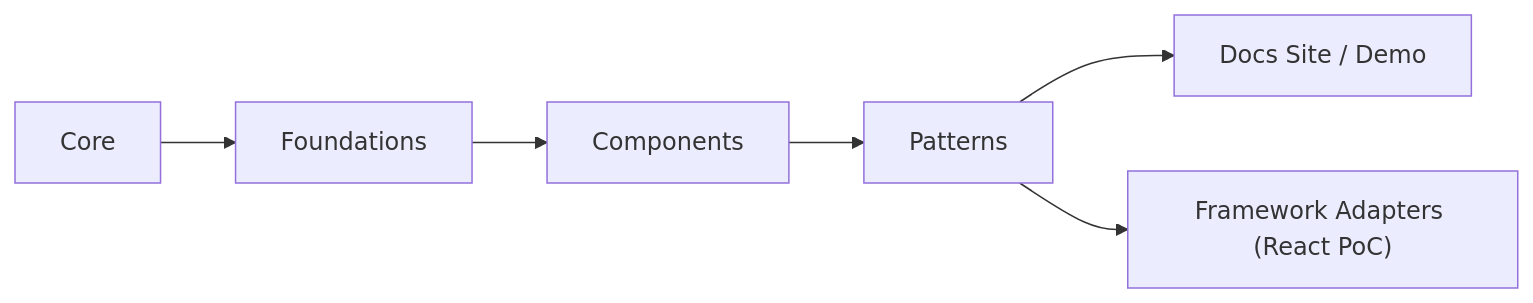
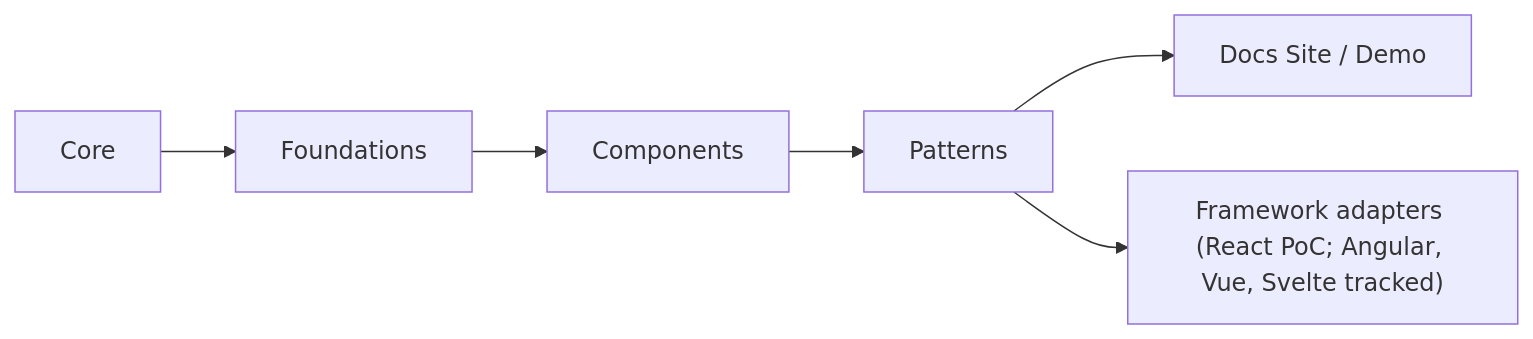
Before and after one commit to unofficialbox/box-open-elements: the first of 2 diagrams in docs/architecture.md, drawn with Mermaid. The commit also changed other lines of this file and 9 other files, not shown here.

````diff
--- a/docs/architecture.md
+++ b/docs/architecture.md
@@ -22,8 +23,8 @@
 ```mermaid
 flowchart LR
     A["Core"] --> B["Foundations"]
     B --> C["Components"]
     C --> D["Patterns"]
     D --> E["Docs Site / Demo"]
-    D --> F["Framework Adapters (React PoC)"]
+    D --> F["Framework adapters (React PoC; Angular, Vue, Svelte tracked)"]
 ```
````
